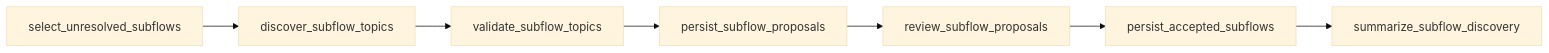
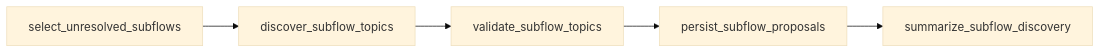
Before and after one commit to doc1000/fresh-skills: the ninth of 10 diagrams in README.md, drawn with Mermaid (base theme). The commit also changed other lines of this file and 76 other files, not shown here.

````diff
--- a/README.md
+++ b/README.md
@@ -261,9 +274,7 @@
 ```mermaid
 flowchart LR
     A[select_unresolved_subflows] --> B[discover_subflow_topics]
     B --> C[validate_subflow_topics]
     C --> D[persist_subflow_proposals]
-    D --> E[review_subflow_proposals]
-    E --> F[persist_accepted_subflows]
-    F --> G[summarize_subflow_discovery]
+    D --> E[summarize_subflow_discovery]
 ```
````
